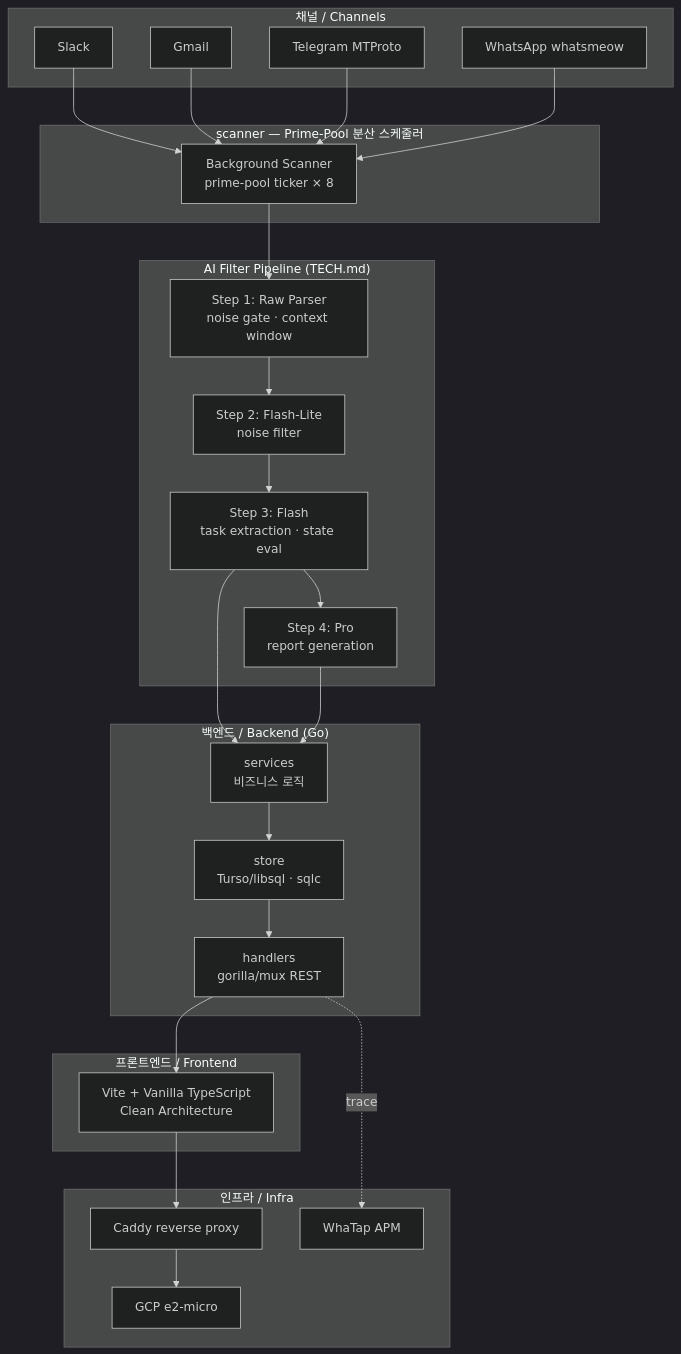
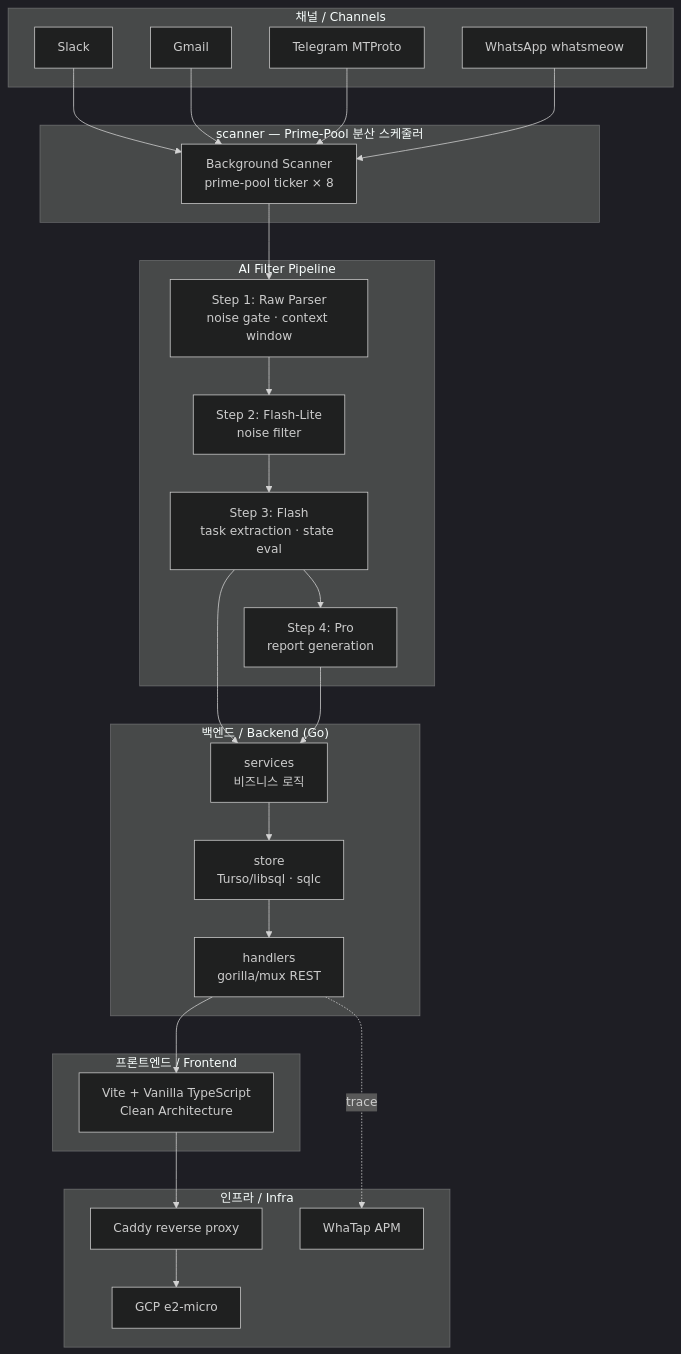
Before and after one commit to JaejinSong/message-consolidator: the diagram in docs/comprehensive/00-overview.md, drawn with Mermaid (dark theme). The commit also changed other lines of this file and 7 other files, not shown here.

````diff
--- a/docs/comprehensive/00-overview.md
+++ b/docs/comprehensive/00-overview.md
@@ -19,46 +19,46 @@
 ```mermaid
 graph TD
     subgraph Channels["채널 / Channels"]
         SL[Slack]
         GM[Gmail]
         TG[Telegram MTProto]
         WA[WhatsApp whatsmeow]
     end
 
     subgraph Scanner["scanner — Prime-Pool 분산 스케줄러"]
         SC[Background Scanner<br/>prime-pool ticker × 8]
     end
 
-    subgraph Pipeline["AI Filter Pipeline (TECH.md)"]
+    subgraph Pipeline["AI Filter Pipeline"]
         P1[Step 1: Raw Parser<br/>noise gate · context window]
         P2[Step 2: Flash-Lite<br/>noise filter]
         P3[Step 3: Flash<br/>task extraction · state eval]
         P4[Step 4: Pro<br/>report generation]
     end
 
     subgraph Backend["백엔드 / Backend (Go)"]
         SVC[services<br/>비즈니스 로직]
         STR[store<br/>Turso/libsql · sqlc]
         HDL[handlers<br/>gorilla/mux REST]
     end
 
     subgraph Frontend["프론트엔드 / Frontend"]
         FE[Vite + Vanilla TypeScript<br/>Clean Architecture]
     end
 
     subgraph Infra["인프라 / Infra"]
         CDY[Caddy reverse proxy]
         GCP[GCP e2-micro]
         WTP[WhaTap APM]
     end
 
     SL & GM & TG & WA --> SC
     SC --> P1 --> P2 --> P3 --> P4
     P3 --> SVC
     P4 --> SVC
     SVC --> STR
     STR --> HDL
     HDL --> FE
     FE --> CDY --> GCP
     HDL -.->|trace| WTP
 ```
````
